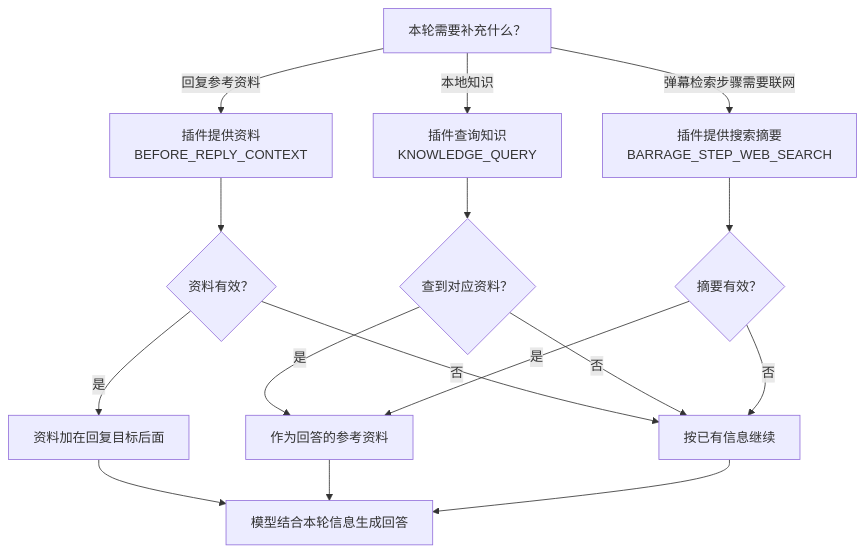
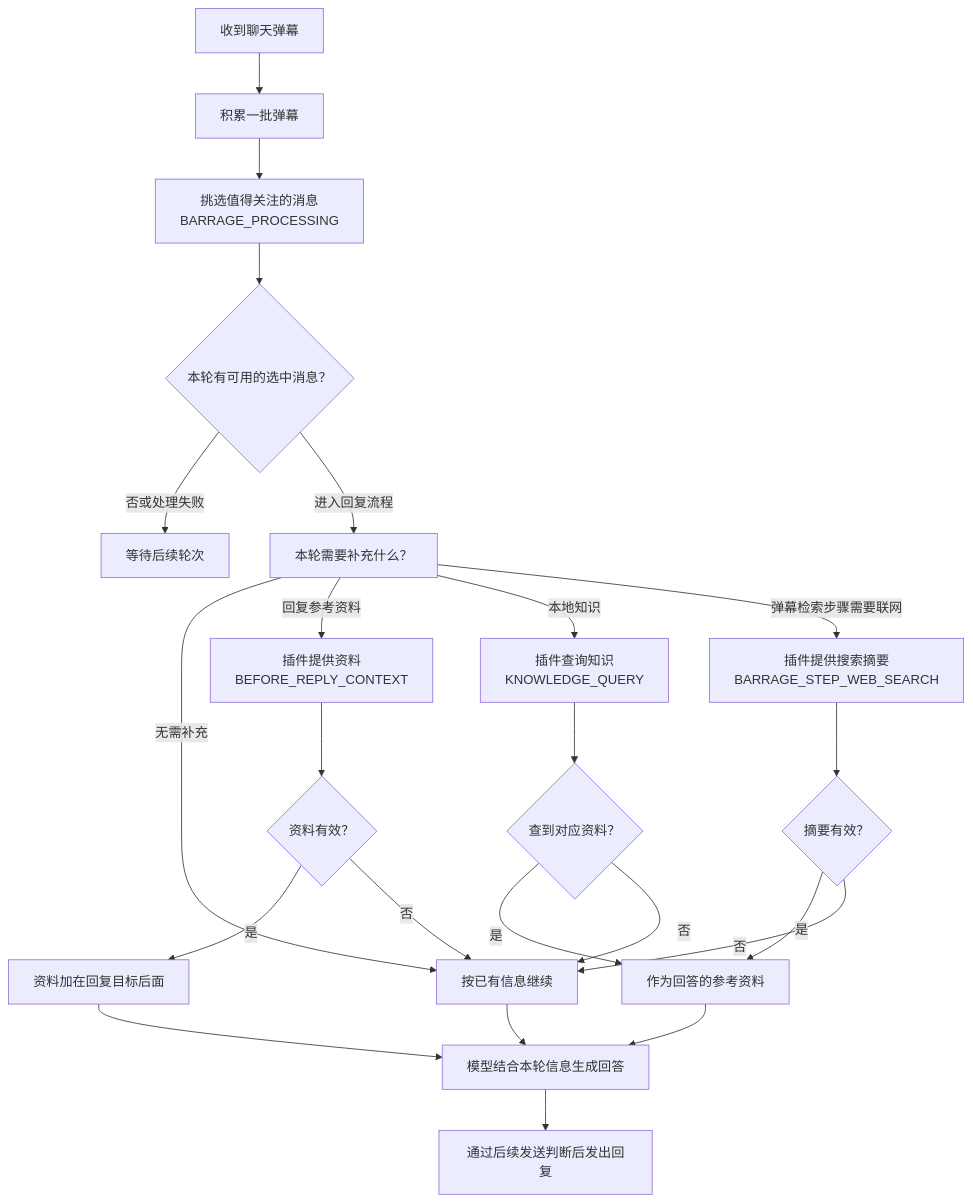
Before and after one commit to shengjiezhang1019-creator/lubi-plugin-market: the first of 3 diagrams in docs/hook-contracts.md, drawn with Mermaid. The commit also changed other lines of this file, not shown here.

Commit message:
docs: merge reply and context hook flow diagrams

````diff
--- a/docs/hook-contracts.md
+++ b/docs/hook-contracts.md
@@ -37,23 +17,30 @@
 ```mermaid
 flowchart TD
-    need["本轮需要补充什么？"]
+    incoming["收到聊天弹幕"] --> collect["积累一批弹幕"]
+    collect --> select["挑选值得关注的消息<br/>BARRAGE_PROCESSING"]
+    select --> picked{"本轮有可用的选中消息？"}
+    picked -->|否或处理失败| skip["等待后续轮次"]
+    picked -->|进入回复流程| need["本轮需要补充什么？"]
+    need -->|无需补充| original["按已有信息继续"]
     need -->|回复参考资料| context["插件提供资料<br/>BEFORE_REPLY_CONTEXT"]
     context --> contextok{"资料有效？"}
     contextok -->|是| prompt["资料加在回复目标后面"]
     contextok -->|否| original["按已有信息继续"]
     need -->|本地知识| knowledge["插件查询知识<br/>KNOWLEDGE_QUERY"]
     knowledge --> knowledgeok{"查到对应资料？"}
     knowledgeok -->|是| reference["作为回答的参考资料"]
     knowledgeok -->|否| original
     need -->|弹幕检索步骤需要联网| web["插件提供搜索摘要<br/>BARRAGE_STEP_WEB_SEARCH"]
     web --> webok{"摘要有效？"}
     webok -->|是| reference
     webok -->|否| original
     prompt --> reply["模型结合本轮信息生成回答"]
     reference --> reply
     original --> reply
+    reply --> send["通过后续发送判断后发出回复"]
 
+    click select "https://github.com/shengjiezhang1019-creator/lubi-plugin-market/blob/main/docs/hook-contracts.md#barrage_processing" "查看弹幕筛选说明"
     click context "https://github.com/shengjiezhang1019-creator/lubi-plugin-market/blob/main/docs/hook-contracts.md#before_reply_context" "查看回复资料说明"
     click knowledge "https://github.com/shengjiezhang1019-creator/lubi-plugin-market/blob/main/docs/hook-contracts.md#knowledge_query" "查看知识查询说明"
     click web "https://github.com/shengjiezhang1019-creator/lubi-plugin-market/blob/main/docs/hook-contracts.md#barrage_step_web_search" "查看联网摘要说明"
 ```
````
